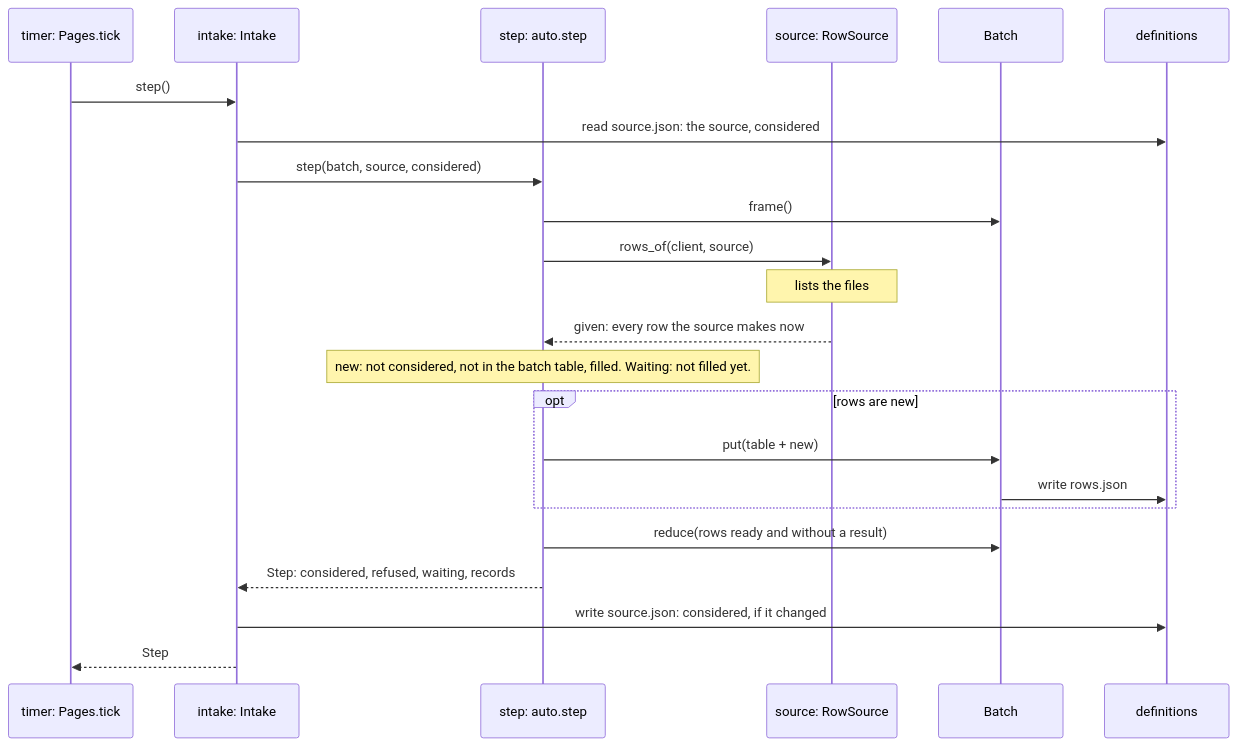
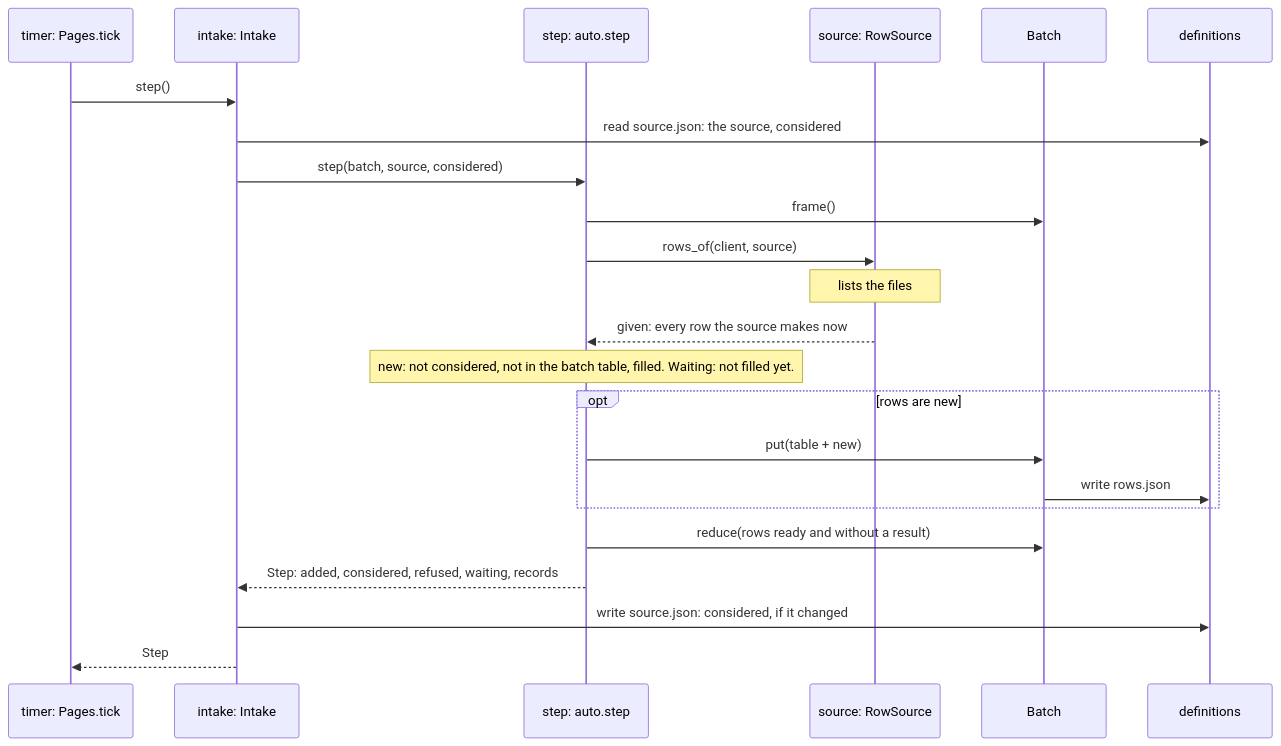
The fifth of 5 diagrams in packages/essbatch/docs/batch.md (scipp/essapps), drawn with Mermaid before and after one commit. The commit also changed 2 other files, not shown here.

Commit message:
auto.Step says which rows it added
The follow loop of essbatch compared the keys of the batch table before
and after each step to find the rows added. The step knows them: Step
now has a field added.

````diff
--- a/packages/essbatch/docs/batch.md
+++ b/packages/essbatch/docs/batch.md
@@ -598,25 +598,25 @@
 ```mermaid
 sequenceDiagram
     participant timer as timer: Pages.tick
     participant intake as intake: Intake
     participant step as step: auto.step
     participant source as source: RowSource
     participant batch as Batch
     participant definitions
     timer->>intake: step()
     intake->>definitions: read source.json: the source, considered
     intake->>step: step(batch, source, considered)
     step->>batch: frame()
     step->>source: rows_of(client, source)
     Note over source: lists the files
     source-->>step: given: every row the source makes now
     Note over step: new: not considered, not in the batch table, filled. Waiting: not filled yet.
     opt rows are new
         step->>batch: put(table + new)
         batch->>definitions: write rows.json
     end
     step->>batch: reduce(rows ready and without a result)
-    step-->>intake: Step: considered, refused, waiting, records
+    step-->>intake: Step: added, considered, refused, waiting, records
     intake->>definitions: write source.json: considered, if it changed
     intake-->>timer: Step
 ```
````
